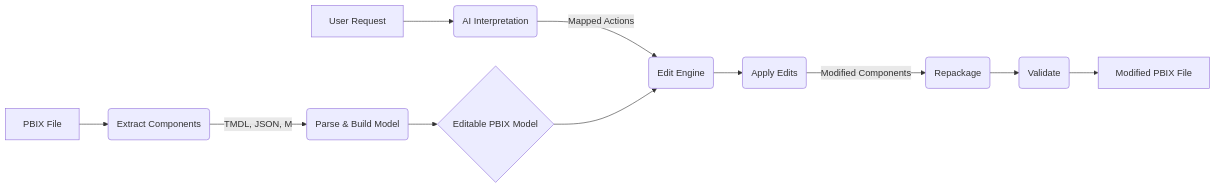
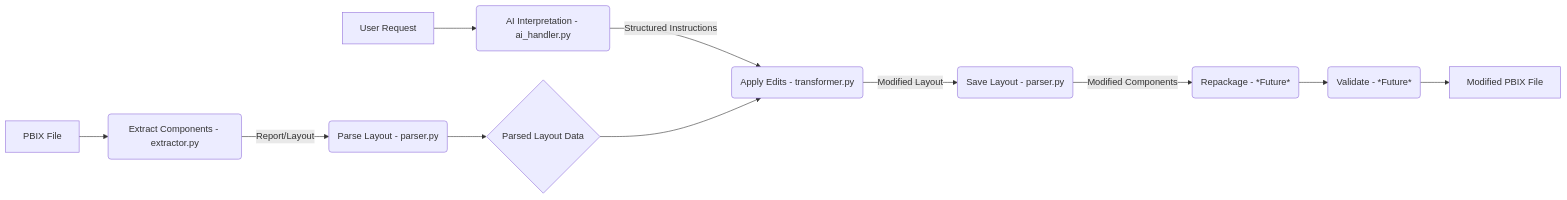
One commit to Dynamo14324/ai-pbix-transformer changed the diagram in README.md. Above: the diagram before and after it, drawn with Mermaid. The commit also changed other lines of this file and 2 other files, not shown here.

````diff
--- a/README.md
+++ b/README.md
@@ -72,13 +45,13 @@
 ```mermaid
 graph LR
-    A[PBIX File] --> B(Extract Components); 
-    B -- TMDL, JSON, M --> C(Parse & Build Model);
-    C --> D{Editable PBIX Model};
-    E[User Request] --> F(AI Interpretation);
-    F -- Mapped Actions --> G(Edit Engine);
+    A[PBIX File] --> B(Extract Components - extractor.py);
+    B -- Report/Layout --> C(Parse Layout - parser.py);
+    C --> D{Parsed Layout Data};
+    E[User Request] --> F(AI Interpretation - ai_handler.py);
+    F -- Structured Instructions --> G(Apply Edits - transformer.py);
     D --> G;
-    G --> H(Apply Edits);
-    H -- Modified Components --> I(Repackage);
-    I --> J(Validate);
+    G -- Modified Layout --> H(Save Layout - parser.py);
+    H -- Modified Components --> I(Repackage - *Future*);
+    I --> J(Validate - *Future*);
     J --> K[Modified PBIX File];
 ```
````
